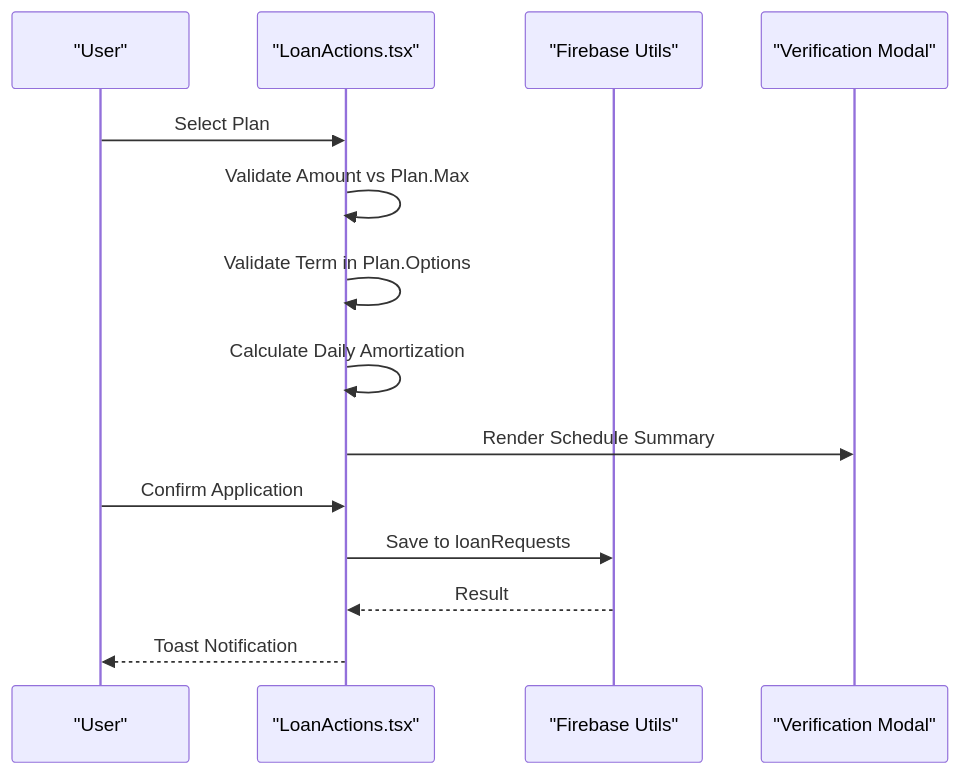
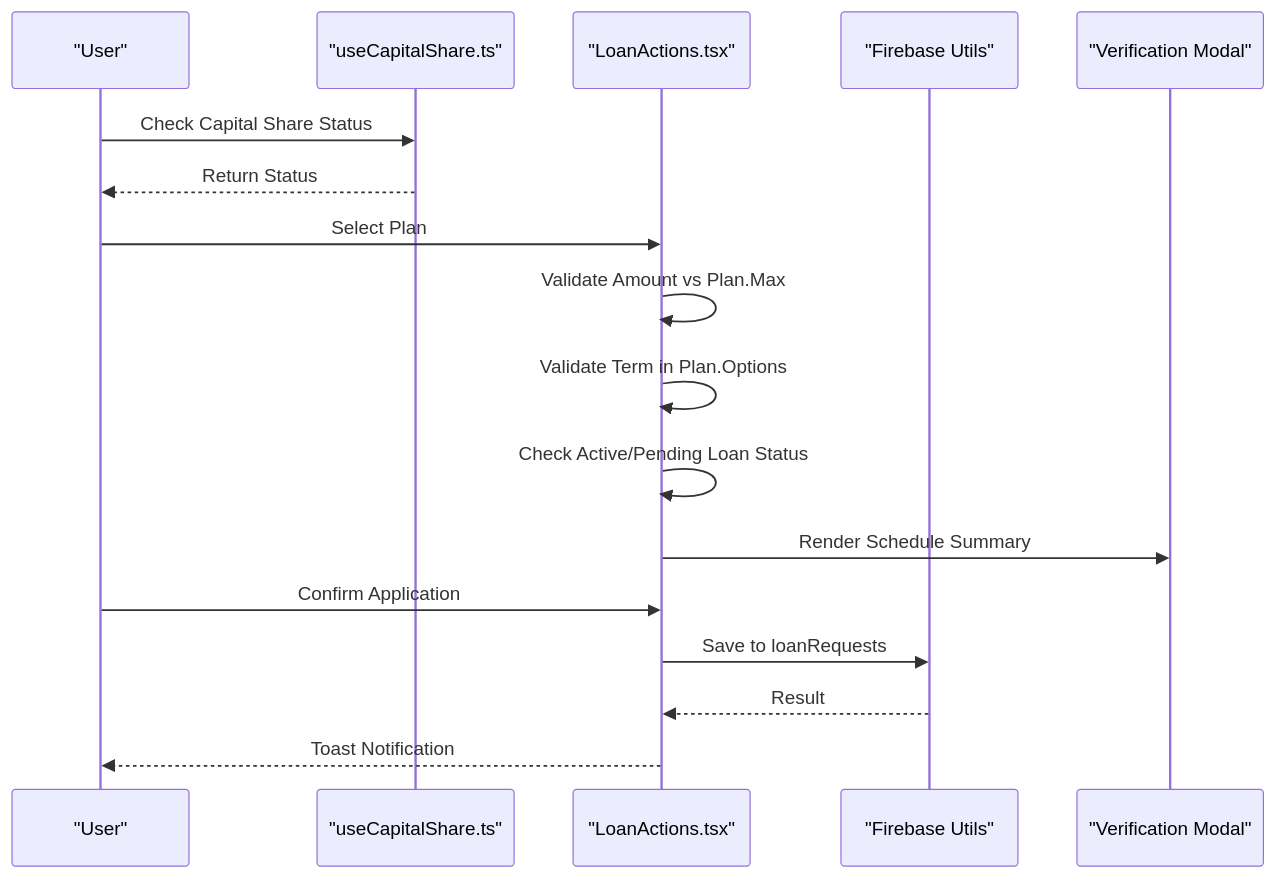
The fifth of 11 diagrams in .qoder/repowiki/en/content/Loan Management System/Loan Application Workflow.md (Unsure-bry/sampacoop_system), drawn with Mermaid before and after one commit. The commit also changed other lines of this file and 6 other files, not shown here.

````diff
--- a/.qoder/repowiki/en/content/Loan Management System/Loan Application Workflow.md
+++ b/.qoder/repowiki/en/content/Loan Management System/Loan Application Workflow.md
@@ -217,16 +259,19 @@
 ```mermaid
 sequenceDiagram
 participant U as "User"
+participant CS as "useCapitalShare.ts"
 participant LA as "LoanActions.tsx"
 participant FB as "Firebase Utils"
 participant MOD as "Verification Modal"
+U->>CS : Check Capital Share Status
+CS-->>U : Return Status
 U->>LA : Select Plan
 LA->>LA : Validate Amount vs Plan.Max
 LA->>LA : Validate Term in Plan.Options
-LA->>LA : Calculate Daily Amortization
+LA->>LA : Check Active/Pending Loan Status
 LA->>MOD : Render Schedule Summary
 U->>LA : Confirm Application
 LA->>FB : Save to loanRequests
 FB-->>LA : Result
 LA-->>U : Toast Notification
 ```
````
